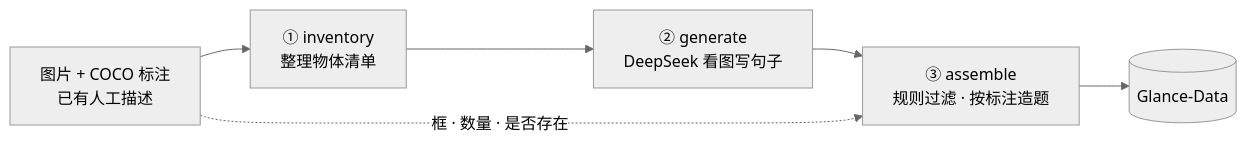
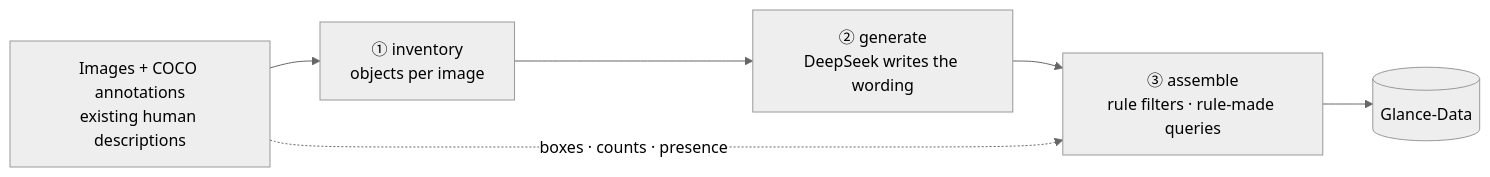
One commit to Vision-Decision/Glance-COCO changed the diagram in README.md. Above: the diagram before and after it, drawn with Mermaid (neutral theme). The commit also changed other lines of this file and 1 other file, not shown here.

````diff
--- a/README.md
+++ b/README.md
@@ -60,8 +66,8 @@
 ```mermaid
 flowchart LR
-    A["图片 + COCO 标注<br/>已有人工描述"] --> B["① inventory<br/>整理物体清单"]
-    B --> C["② generate<br/>DeepSeek 看图写句子"]
-    C --> D["③ assemble<br/>规则过滤 · 按标注造题"]
-    A -. "框 · 数量 · 是否存在" .-> D
+    A["Images + COCO annotations<br/>existing human descriptions"] --> B["① inventory<br/>objects per image"]
+    B --> C["② generate<br/>DeepSeek writes the wording"]
+    C --> D["③ assemble<br/>rule filters · rule-made queries"]
+    A -. "boxes · counts · presence" .-> D
     D --> E[("Glance-Data")]
 ```
````
